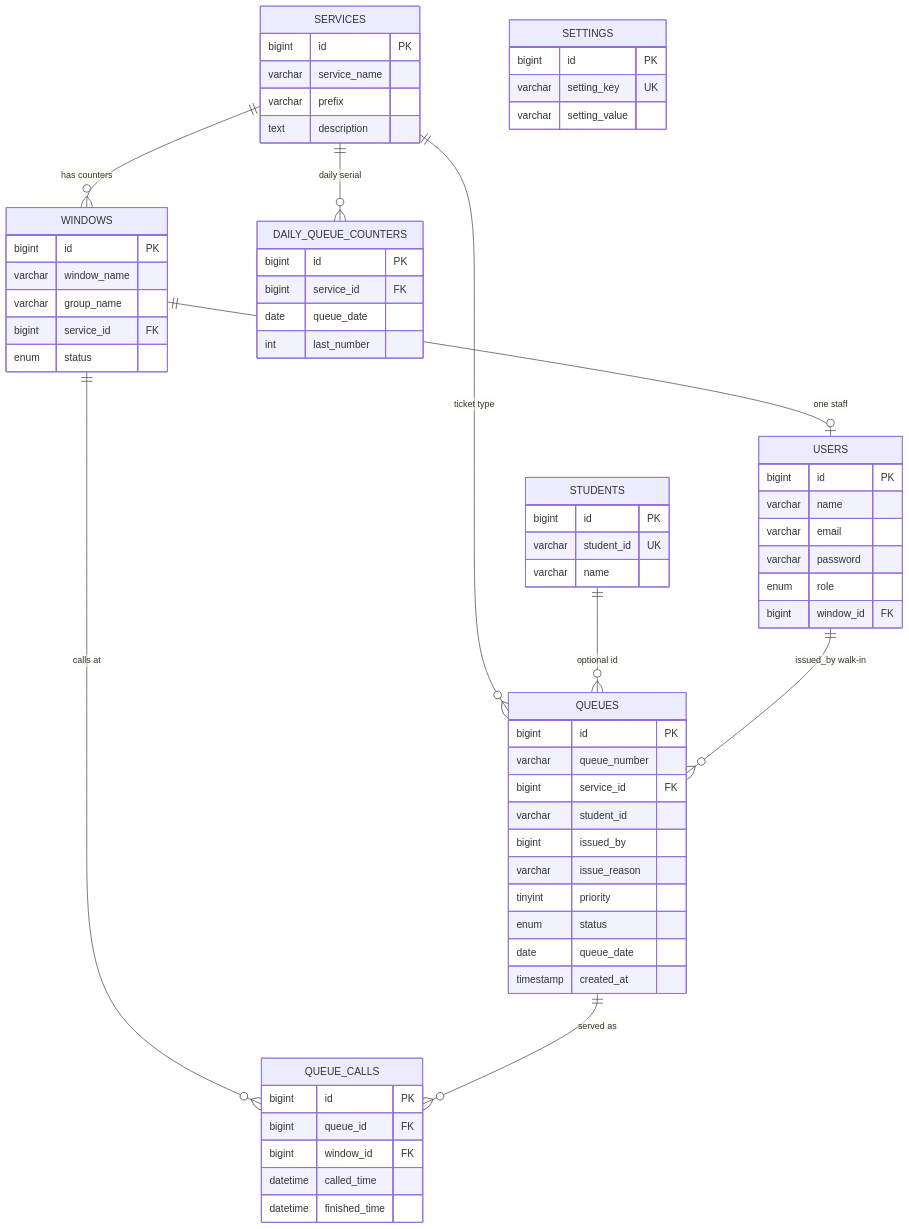
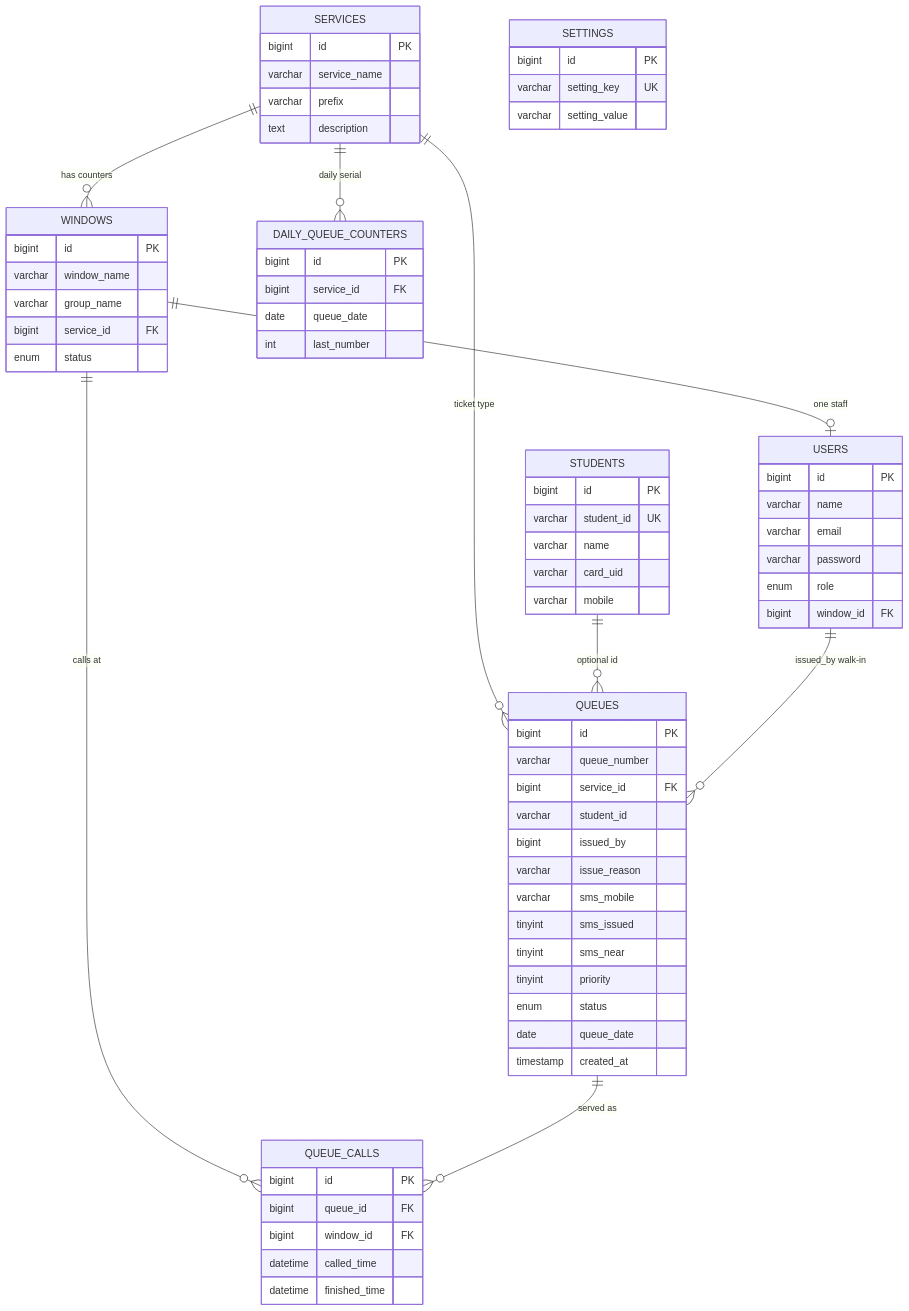
The first of 2 diagrams in README.md (rhems95/queuing-system), drawn with Mermaid before and after one commit. The commit also changed other lines of this file and 76 other files, not shown here.

````diff
--- a/README.md
+++ b/README.md
@@ -259,75 +261,80 @@
 ```mermaid
 erDiagram
     SERVICES ||--o{ WINDOWS : "has counters"
     SERVICES ||--o{ QUEUES : "ticket type"
     SERVICES ||--o{ DAILY_QUEUE_COUNTERS : "daily serial"
     WINDOWS ||--o| USERS : "one staff"
     WINDOWS ||--o{ QUEUE_CALLS : "calls at"
     QUEUES ||--o{ QUEUE_CALLS : "served as"
     STUDENTS ||--o{ QUEUES : "optional id"
     USERS ||--o{ QUEUES : "issued_by walk-in"
 
     SERVICES {
         bigint id PK
         varchar service_name
         varchar prefix
         text description
     }
 
     WINDOWS {
         bigint id PK
         varchar window_name
         varchar group_name
         bigint service_id FK
         enum status
     }
 
     USERS {
         bigint id PK
         varchar name
         varchar email
         varchar password
         enum role
         bigint window_id FK
     }
 
     DAILY_QUEUE_COUNTERS {
         bigint id PK
         bigint service_id FK
         date queue_date
         int last_number
     }
 
     QUEUES {
         bigint id PK
         varchar queue_number
         bigint service_id FK
         varchar student_id
         bigint issued_by
         varchar issue_reason
+        varchar sms_mobile
+        tinyint sms_issued
+        tinyint sms_near
         tinyint priority
         enum status
         date queue_date
         timestamp created_at
     }
 
     STUDENTS {
         bigint id PK
         varchar student_id UK
         varchar name
+        varchar card_uid
+        varchar mobile
     }
 
     SETTINGS {
         bigint id PK
         varchar setting_key UK
         varchar setting_value
     }
 
     QUEUE_CALLS {
         bigint id PK
         bigint queue_id FK
         bigint window_id FK
         datetime called_time
         datetime finished_time
     }
 ```
````
